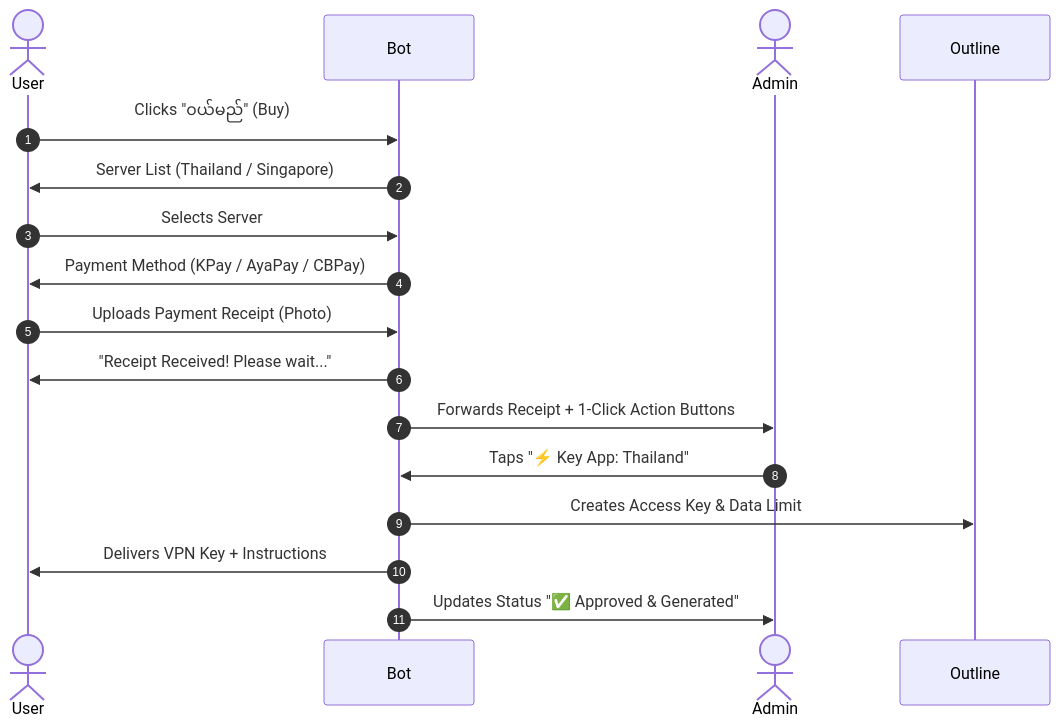
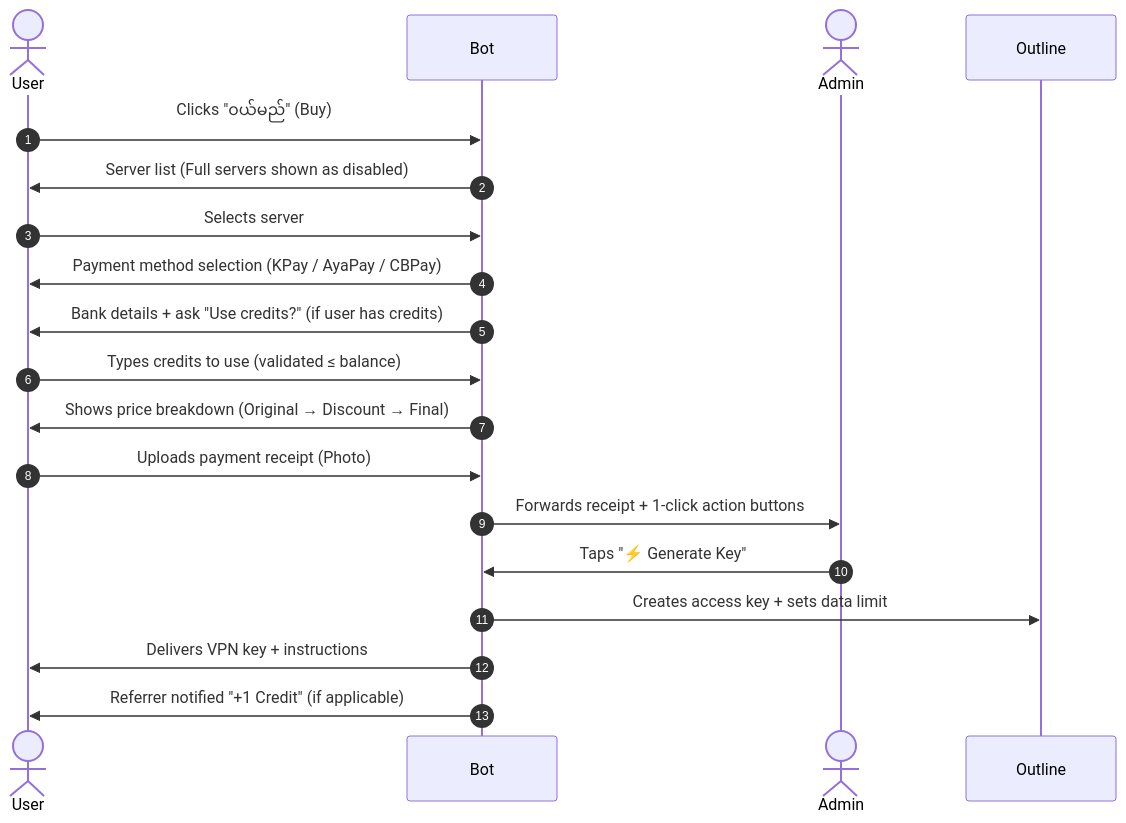
One commit to naybala/vpn-telegram-bot changed the diagram in README.md. Above: the diagram before and after it, drawn with Mermaid. The commit also changed other lines of this file, not shown here.

````diff
--- a/README.md
+++ b/README.md
@@ -88,20 +112,22 @@
 ```mermaid
 sequenceDiagram
     autonumber
     actor User
     participant Bot
     actor Admin
     participant Outline
 
     User->>Bot: Clicks "၀ယ်မည်" (Buy)
-    Bot->>User: Server List (Thailand / Singapore)
-    User->>Bot: Selects Server
-    Bot->>User: Payment Method (KPay / AyaPay / CBPay)
-    User->>Bot: Uploads Payment Receipt (Photo)
-    Bot->>User: "Receipt Received! Please wait..."
-    Bot->>Admin: Forwards Receipt + 1-Click Action Buttons
-    Admin->>Bot: Taps "⚡ Key App: Thailand"
-    Bot->>Outline: Creates Access Key & Data Limit
-    Bot->>User: Delivers VPN Key + Instructions
-    Bot->>Admin: Updates Status "✅ Approved & Generated"
+    Bot->>User: Server list (Full servers shown as disabled)
+    User->>Bot: Selects server
+    Bot->>User: Payment method selection (KPay / AyaPay / CBPay)
+    Bot->>User: Bank details + ask "Use credits?" (if user has credits)
+    User->>Bot: Types credits to use (validated ≤ balance)
+    Bot->>User: Shows price breakdown (Original → Discount → Final)
+    User->>Bot: Uploads payment receipt (Photo)
+    Bot->>Admin: Forwards receipt + 1-click action buttons
+    Admin->>Bot: Taps "⚡ Generate Key"
+    Bot->>Outline: Creates access key + sets data limit
+    Bot->>User: Delivers VPN key + instructions
+    Bot->>User: Referrer notified "+1 Credit" (if applicable)
 ```
````
